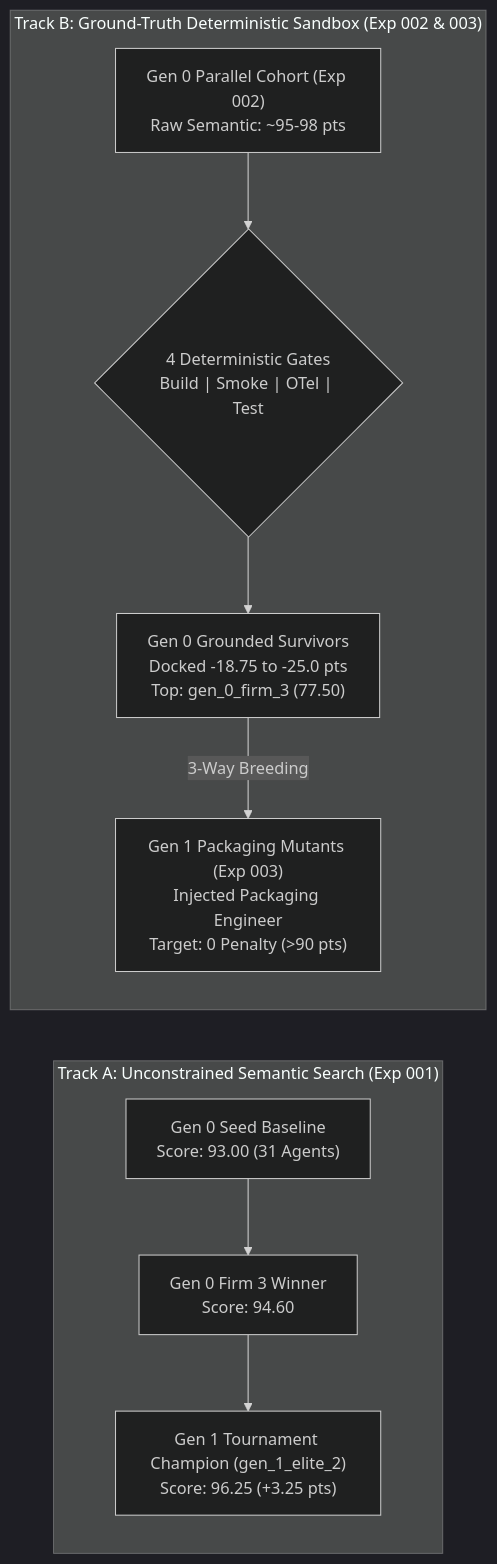
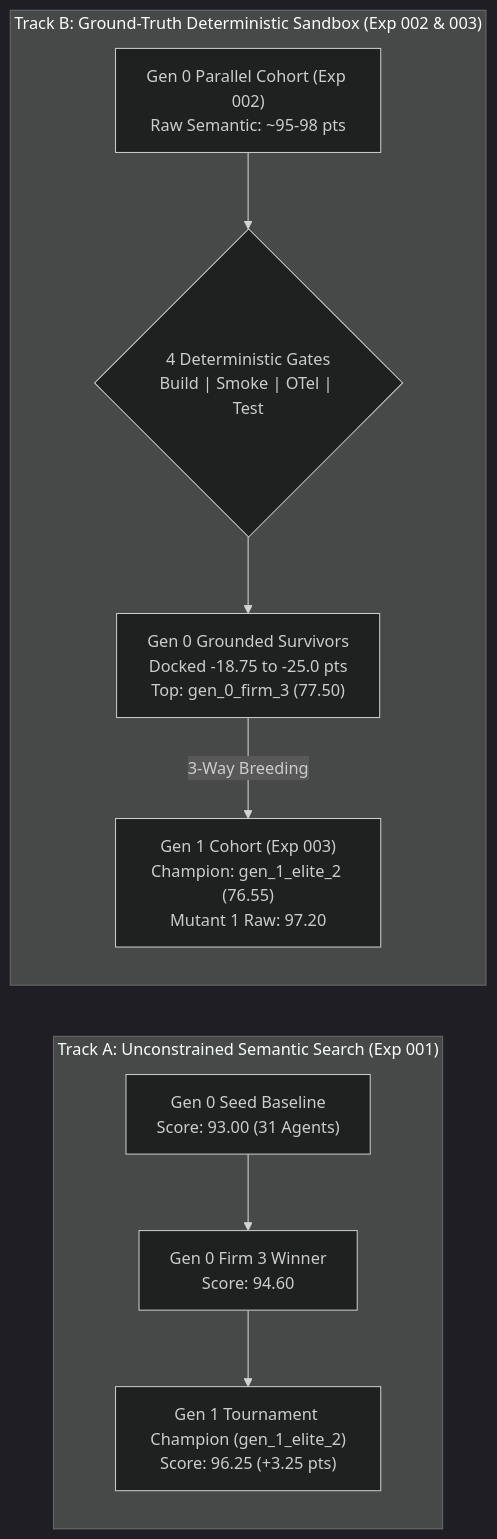
One commit to SinaChavoshi/hierarchical-agent-evolution changed the diagram in experiments/README.md. Above: the diagram before and after it, drawn with Mermaid (dark theme). The commit also changed other lines of this file and 14 other files, not shown here.

````diff
--- a/experiments/README.md
+++ b/experiments/README.md
@@ -27,18 +27,18 @@
 ```mermaid
 graph LR
     subgraph TrackA ["Track A: Unconstrained Semantic Search (Exp 001)"]
         Seed["Gen 0 Seed Baseline<br/>Score: 93.00 (31 Agents)"] --> Firm3["Gen 0 Firm 3 Winner<br/>Score: 94.60"]
         Firm3 --> Elite2["Gen 1 Tournament Champion (gen_1_elite_2)<br/>Score: 96.25 (+3.25 pts)"]
     end
 
     subgraph TrackB ["Track B: Ground-Truth Deterministic Sandbox (Exp 002 & 003)"]
         ParSeed["Gen 0 Parallel Cohort (Exp 002)<br/>Raw Semantic: ~95-98 pts"]
         Gates{"4 Deterministic Gates<br/>Build | Smoke | OTel | Test"}
         Penalized["Gen 0 Grounded Survivors<br/>Docked -18.75 to -25.0 pts<br/>Top: gen_0_firm_3 (77.50)"]
-        Gen1Mutant["Gen 1 Packaging Mutants (Exp 003)<br/>Injected Packaging Engineer<br/>Target: 0 Penalty (>90 pts)"]
+        Gen1Cohort["Gen 1 Cohort (Exp 003)<br/>Champion: gen_1_elite_2 (76.55)<br/>Mutant 1 Raw: 97.20"]
 
         ParSeed --> Gates
         Gates --> Penalized
-        Penalized -->|3-Way Breeding| Gen1Mutant
+        Penalized -->|3-Way Breeding| Gen1Cohort
     end
 ```
````
